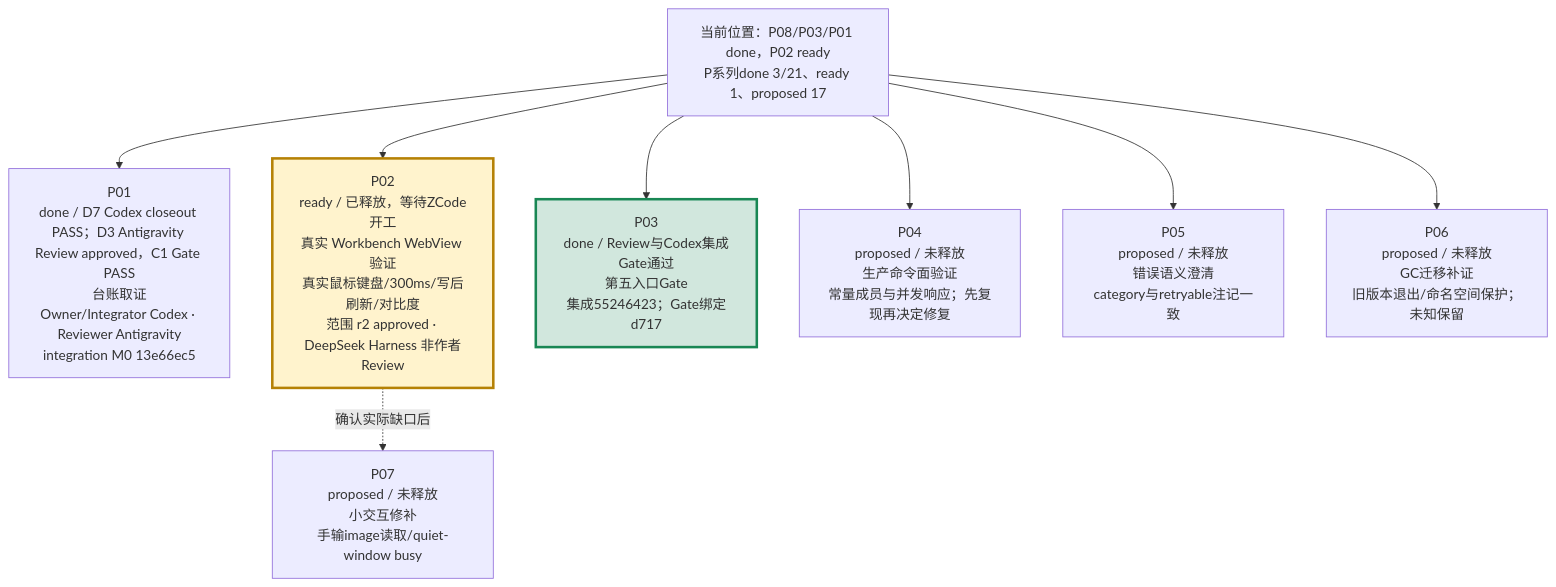
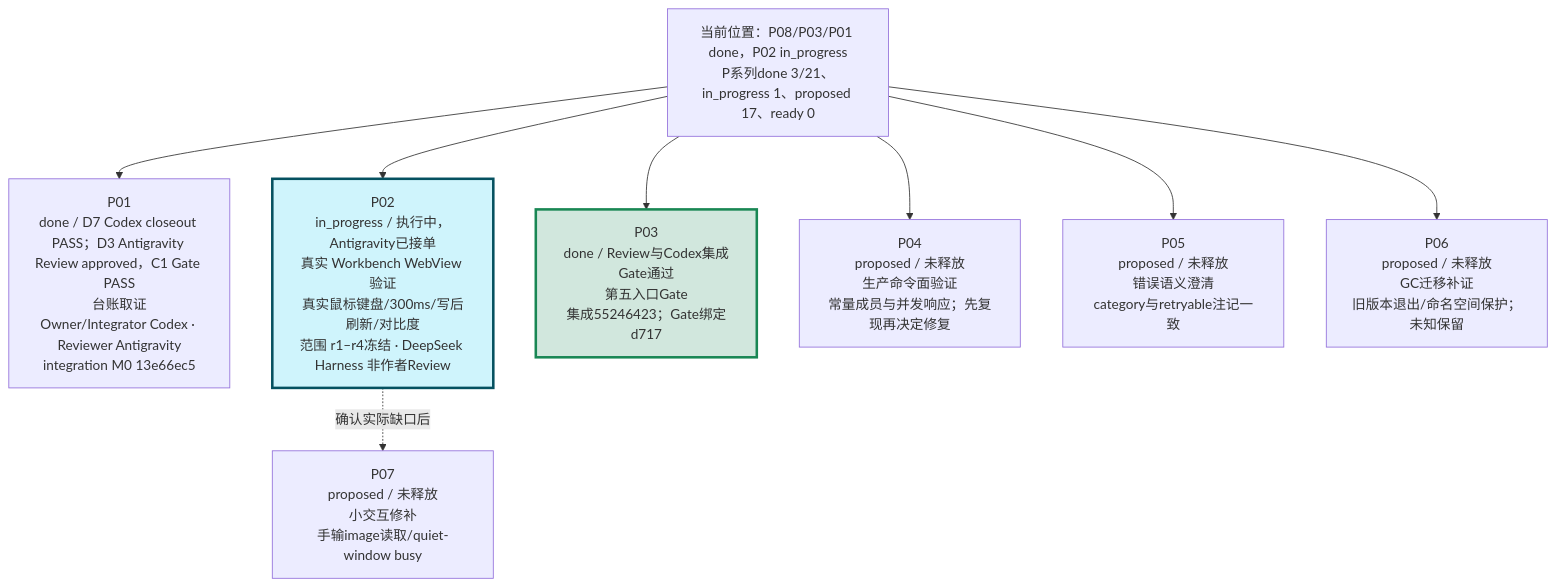
The second of 4 diagrams in verification/PROJECT-ROADMAP-20261008/ROADMAP.md (peakwheat-pixel/New-Manga), drawn with Mermaid before and after one commit. The commit also changed other lines of this file and 19 other files, not shown here.

Commit message:
docs(P02): record Antigravity owner acceptance

````diff
--- a/verification/PROJECT-ROADMAP-20261008/ROADMAP.md
+++ b/verification/PROJECT-ROADMAP-20261008/ROADMAP.md
@@ -30,12 +30,12 @@
 ```mermaid
 flowchart TB
-  BASE["当前位置：P08/P03/P01 done，P02 ready<br/>P系列done 3/21、ready 1、proposed 17"] --> P01["P01<br/>done / D7 Codex closeout PASS；D3 Antigravity Review approved，C1 Gate PASS<br/>台账取证<br/>Owner/Integrator Codex · Reviewer Antigravity<br/>integration M0 13e66ec5"]
-  BASE --> P02["P02<br/>ready / 已释放，等待ZCode开工<br/>真实 Workbench WebView 验证<br/>真实鼠标键盘/300ms/写后刷新/对比度<br/>范围 r2 approved · DeepSeek Harness 非作者Review"]
+  BASE["当前位置：P08/P03/P01 done，P02 in_progress<br/>P系列done 3/21、in_progress 1、proposed 17、ready 0"] --> P01["P01<br/>done / D7 Codex closeout PASS；D3 Antigravity Review approved，C1 Gate PASS<br/>台账取证<br/>Owner/Integrator Codex · Reviewer Antigravity<br/>integration M0 13e66ec5"]
+  BASE --> P02["P02<br/>in_progress / 执行中，Antigravity已接单<br/>真实 Workbench WebView 验证<br/>真实鼠标键盘/300ms/写后刷新/对比度<br/>范围 r1–r4冻结 · DeepSeek Harness 非作者Review"]
   BASE --> P03["P03<br/>done / Review与Codex集成Gate通过<br/>第五入口Gate<br/>集成55246423；Gate绑定d717"]
   BASE --> P04["P04<br/>proposed / 未释放<br/>生产命令面验证<br/>常量成员与并发响应；先复现再决定修复"]
   BASE --> P05["P05<br/>proposed / 未释放<br/>错误语义澄清<br/>category与retryable注记一致"]
   BASE --> P06["P06<br/>proposed / 未释放<br/>GC迁移补证<br/>旧版本退出/命名空间保护；未知保留"]
   P02 -. "确认实际缺口后" .-> P07["P07<br/>proposed / 未释放<br/>小交互修补<br/>手输image读取/quiet-window busy"]
-  style P02 fill:#fff3cd,stroke:#b58105,stroke-width:3px
+  style P02 fill:#cff4fc,stroke:#055160,stroke-width:3px
   style P03 fill:#d1e7dd,stroke:#198754,stroke-width:3px
 ```
````
